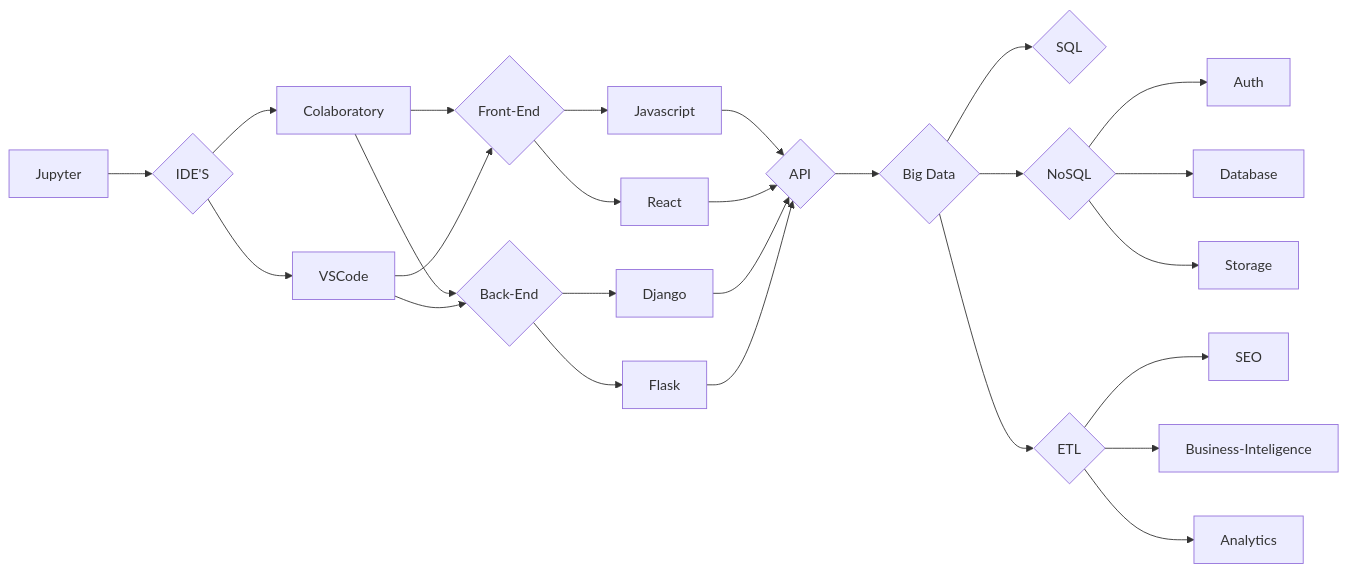
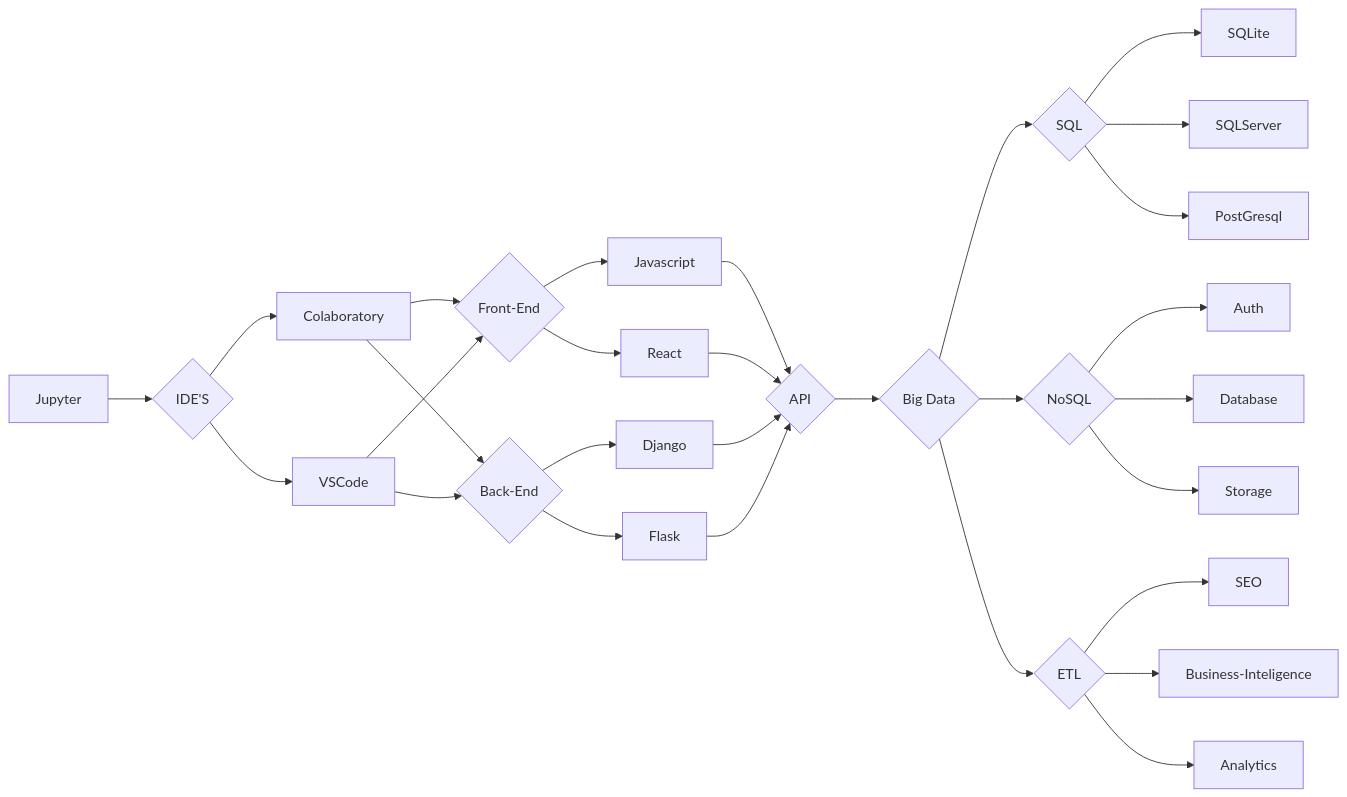
The first of 2 diagrams in README.md (SauloCandeira/SauloCandeira), drawn with Mermaid before and after one commit.

````diff
--- a/README.md
+++ b/README.md
@@ -61,38 +61,40 @@
 ```mermaid
 flowchart LR
 
 M[Jupyter] --> Z{IDE'S} 
 
 Z{IDE'S} --> K[Colaboratory]
 Z  --> L
 
 K[Colaboratory] --> A{Front-End} 
 K --> B{Back-End}
 L[VSCode] --> A{Front-End} 
 L --> B{Back-End}
 
 A{Front-End} --> I[Javascript] --> O{API} 
 A{Front-End} --> J[React] --> O{API} 
 
 B{Back-End} --> G[Django] --> O{API} 
 B{Back-End} --> H[Flask] --> O{API} 
 
 
 
 O{API} --> N{Big Data}
 
 N{Big Data} --> T{SQL}
-
+T --> U[SQLite]
+T --> V[SQLServer]
+T --> X[PostGresql]
 
 N{Big Data} --> C{NoSQL}
 
 N --> P{ETL}
 P --> Q[SEO]
 P --> R[Business-Inteligence]
 P --> S[Analytics]
 
 
 C --> D[Auth]
 C --> E[Database]
 C --> F[Storage]
 ```
````
